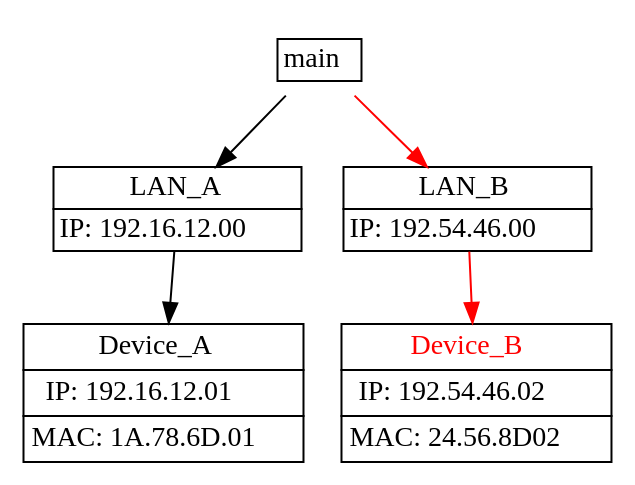
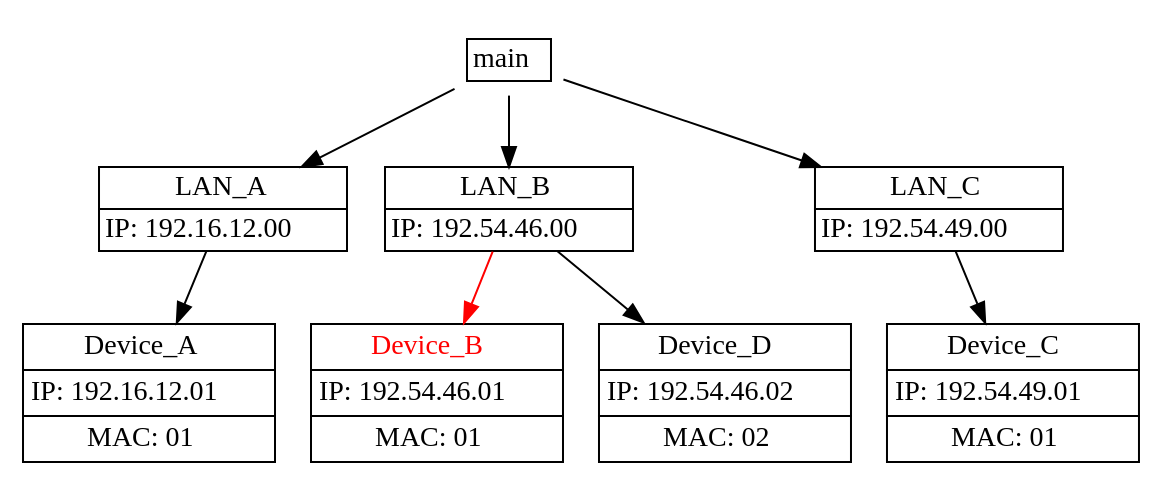
Before and after one commit to CristianOrt/ARP_Simulator-CPE400: the diagram in bin/NetworkArchitecture.dot, drawn with Graphviz. The commit also changed 27 other files, not shown here.

```diff
--- a/bin/NetworkArchitecture.dot
+++ b/bin/NetworkArchitecture.dot
@@ -1,34 +1,56 @@
 digraph Network {
 		main[shape=none, margin=0, label=<
 <TABLE BORDER="0" CELLBORDER="1" CELLSPACING="0" CELLPADDING="2">
 	<TR><TD COLSPAN="3">main</TD></TR>
 </TABLE>>];
 		LAN_A[shape=none, margin=0, label=<
 <TABLE BORDER="0" CELLBORDER="1" CELLSPACING="0" CELLPADDING="2">
 	<TR><TD COLSPAN="3">LAN_A</TD></TR>
 	<TR><TD COLSPAN="3">IP: 192.16.12.00</TD></TR>
 </TABLE>>];
 		Device_A[shape=none, margin=0, label=<
 <TABLE BORDER="0" CELLBORDER="1" CELLSPACING="0" CELLPADDING="3">
 	<TR><TD COLSPAN="3">Device_A</TD></TR>
 	<TR><TD COLSPAN="3">IP: 192.16.12.01</TD></TR>
-	<TR><TD COLSPAN="3">MAC: 1A.78.6D.01</TD></TR>
+	<TR><TD COLSPAN="3">MAC: 01</TD></TR>
 </TABLE>>];
 edge [color=black];
 LAN_A -> Device_A
 main ->LAN_A
 		LAN_B[shape=none, margin=0, label=<
 <TABLE BORDER="0" CELLBORDER="1" CELLSPACING="0" CELLPADDING="2">
 	<TR><TD COLSPAN="3">LAN_B</TD></TR>
 	<TR><TD COLSPAN="3">IP: 192.54.46.00</TD></TR>
 </TABLE>>];
 		Device_B[shape=none, margin=0, label=<
 <TABLE BORDER="0" CELLBORDER="1" CELLSPACING="0" CELLPADDING="3">
 	<TR><TD COLSPAN="3"><FONT COLOR="red">Device_B</FONT></TD></TR>
-	<TR><TD COLSPAN="3">IP: 192.54.46.02</TD></TR>
-	<TR><TD COLSPAN="3">MAC: 24.56.8D02</TD></TR>
+	<TR><TD COLSPAN="3">IP: 192.54.46.01</TD></TR>
+	<TR><TD COLSPAN="3">MAC: 01</TD></TR>
 </TABLE>>];
 edge [color=red];
 LAN_B -> Device_B
+		Device_D[shape=none, margin=0, label=<
+<TABLE BORDER="0" CELLBORDER="1" CELLSPACING="0" CELLPADDING="3">
+	<TR><TD COLSPAN="3">Device_D</TD></TR>
+	<TR><TD COLSPAN="3">IP: 192.54.46.02</TD></TR>
+	<TR><TD COLSPAN="3">MAC: 02</TD></TR>
+</TABLE>>];
+edge [color=black];
+LAN_B -> Device_D
 main ->LAN_B
+		LAN_C[shape=none, margin=0, label=<
+<TABLE BORDER="0" CELLBORDER="1" CELLSPACING="0" CELLPADDING="2">
+	<TR><TD COLSPAN="3">LAN_C</TD></TR>
+	<TR><TD COLSPAN="3">IP: 192.54.49.00</TD></TR>
+</TABLE>>];
+		Device_C[shape=none, margin=0, label=<
+<TABLE BORDER="0" CELLBORDER="1" CELLSPACING="0" CELLPADDING="3">
+	<TR><TD COLSPAN="3">Device_C</TD></TR>
+	<TR><TD COLSPAN="3">IP: 192.54.49.01</TD></TR>
+	<TR><TD COLSPAN="3">MAC: 01</TD></TR>
+</TABLE>>];
+edge [color=black];
+LAN_C -> Device_C
+main ->LAN_C
 }
```
